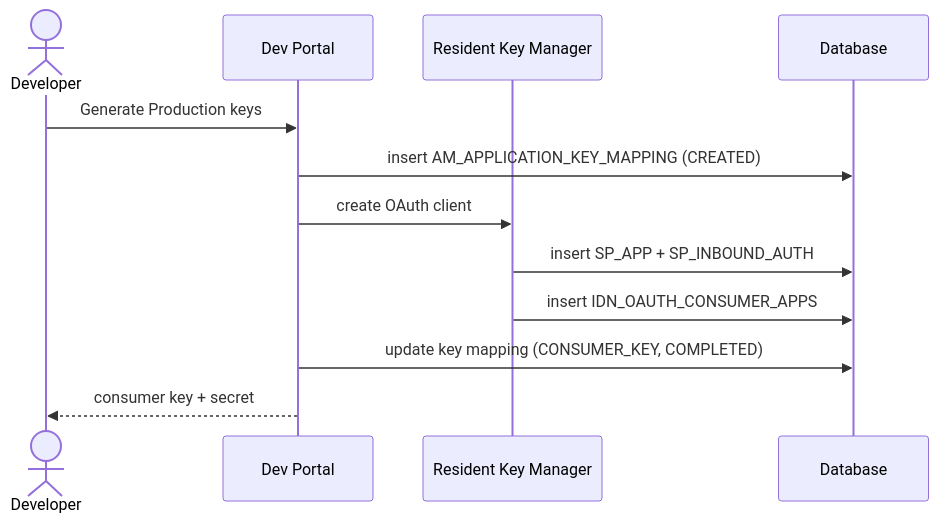
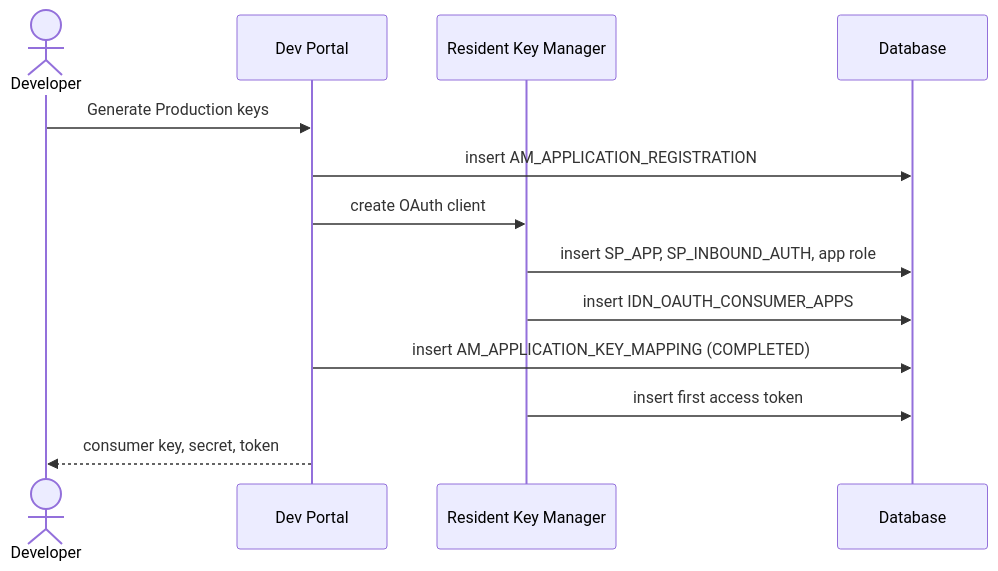
The diagram in docs/apim-3/flows/09-generate-keys.md (SaviNimz/apim-db-docs), drawn with Mermaid before and after one commit. The commit also changed other lines of this file and 55 other files, not shown here.

First line of the commit message:
Verify all core flows against running 3.2.0 and 4.7.0 servers

````diff
--- a/docs/apim-3/flows/09-generate-keys.md
+++ b/docs/apim-3/flows/09-generate-keys.md
@@ -12,14 +21,15 @@
 ```mermaid
 sequenceDiagram
     actor Dev as Developer
     participant Portal as Dev Portal
     participant KM as Resident Key Manager
     participant DB as Database
     Dev->>Portal: Generate Production keys
-    Portal->>DB: insert AM_APPLICATION_KEY_MAPPING (CREATED)
+    Portal->>DB: insert AM_APPLICATION_REGISTRATION
     Portal->>KM: create OAuth client
-    KM->>DB: insert SP_APP + SP_INBOUND_AUTH
+    KM->>DB: insert SP_APP, SP_INBOUND_AUTH, app role
     KM->>DB: insert IDN_OAUTH_CONSUMER_APPS
-    Portal->>DB: update key mapping (CONSUMER_KEY, COMPLETED)
-    Portal-->>Dev: consumer key + secret
+    Portal->>DB: insert AM_APPLICATION_KEY_MAPPING (COMPLETED)
+    KM->>DB: insert first access token
+    Portal-->>Dev: consumer key, secret, token
 ```
````
